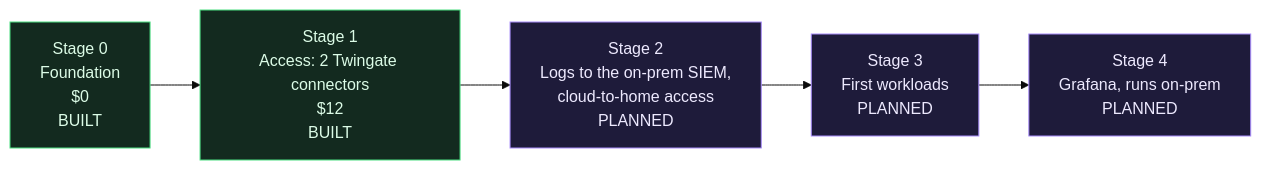
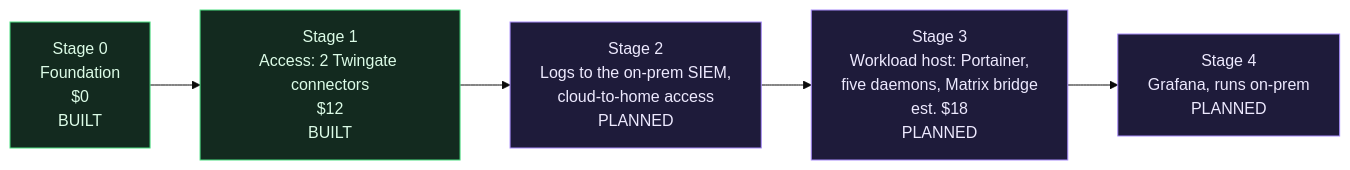
The diagram in docs/wiki/Roadmap.md (ChiefGyk3D/Clouds-Against-Humanity), drawn with Mermaid (base theme) before and after one commit. The commit also changed other lines of this file and 6 other files, not shown here.

First line of the commit message:
docs: stage 3 design draft, workload host with Portainer, daemons and Matrix bridge

````diff
--- a/docs/wiki/Roadmap.md
+++ b/docs/wiki/Roadmap.md
@@ -5,12 +5,12 @@
 ```mermaid
 flowchart LR
     s0["Stage 0<br/>Foundation<br/>$0<br/>BUILT"]:::done
     s1["Stage 1<br/>Access: 2 Twingate connectors<br/>$12<br/>BUILT"]:::done
     s2["Stage 2<br/>Logs to the on-prem SIEM,<br/>cloud-to-home access<br/>PLANNED"]:::plan
-    s3["Stage 3<br/>First workloads<br/>PLANNED"]:::plan
+    s3["Stage 3<br/>Workload host: Portainer,<br/>five daemons, Matrix bridge<br/>est. $18<br/>PLANNED"]:::plan
     s4["Stage 4<br/>Grafana, runs on-prem<br/>PLANNED"]:::plan
     s0 --> s1 --> s2 --> s3 --> s4
 
     classDef done fill:#132a1f,stroke:#4ade80,color:#dcfce7
     classDef plan fill:#1e1b3a,stroke:#a78bfa,color:#ede9fe
 ```
````
